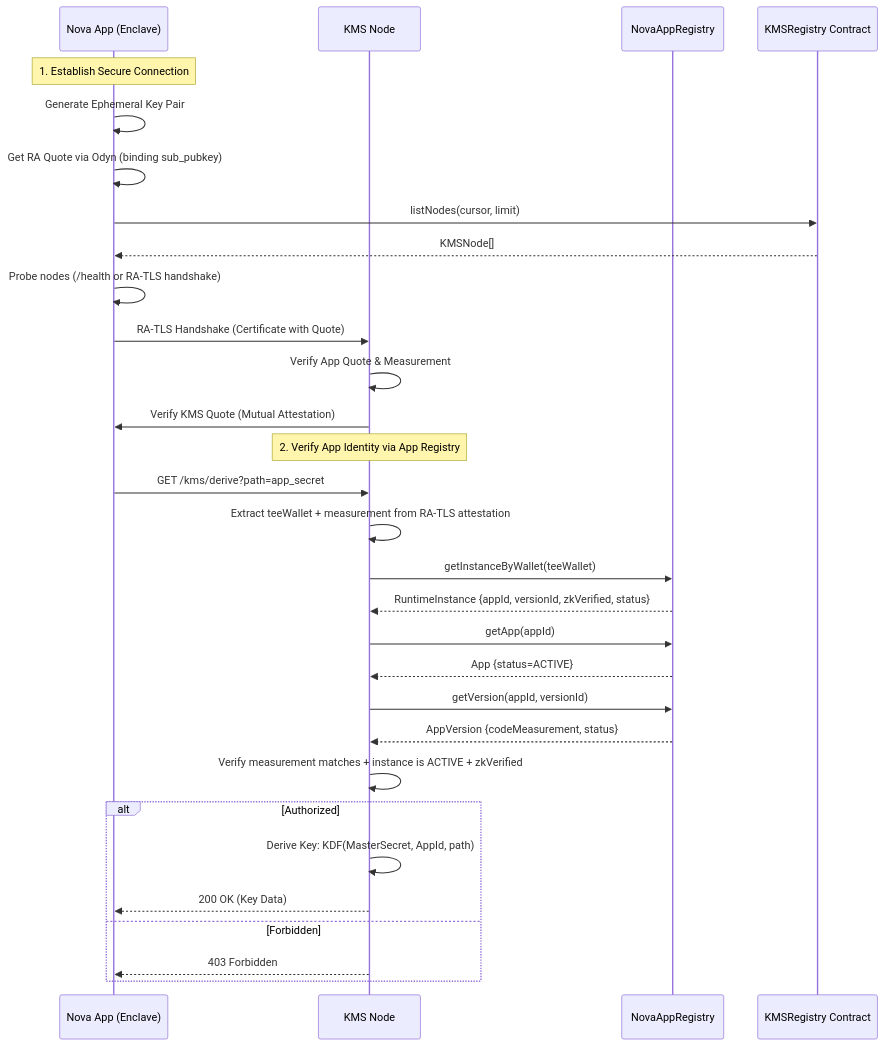
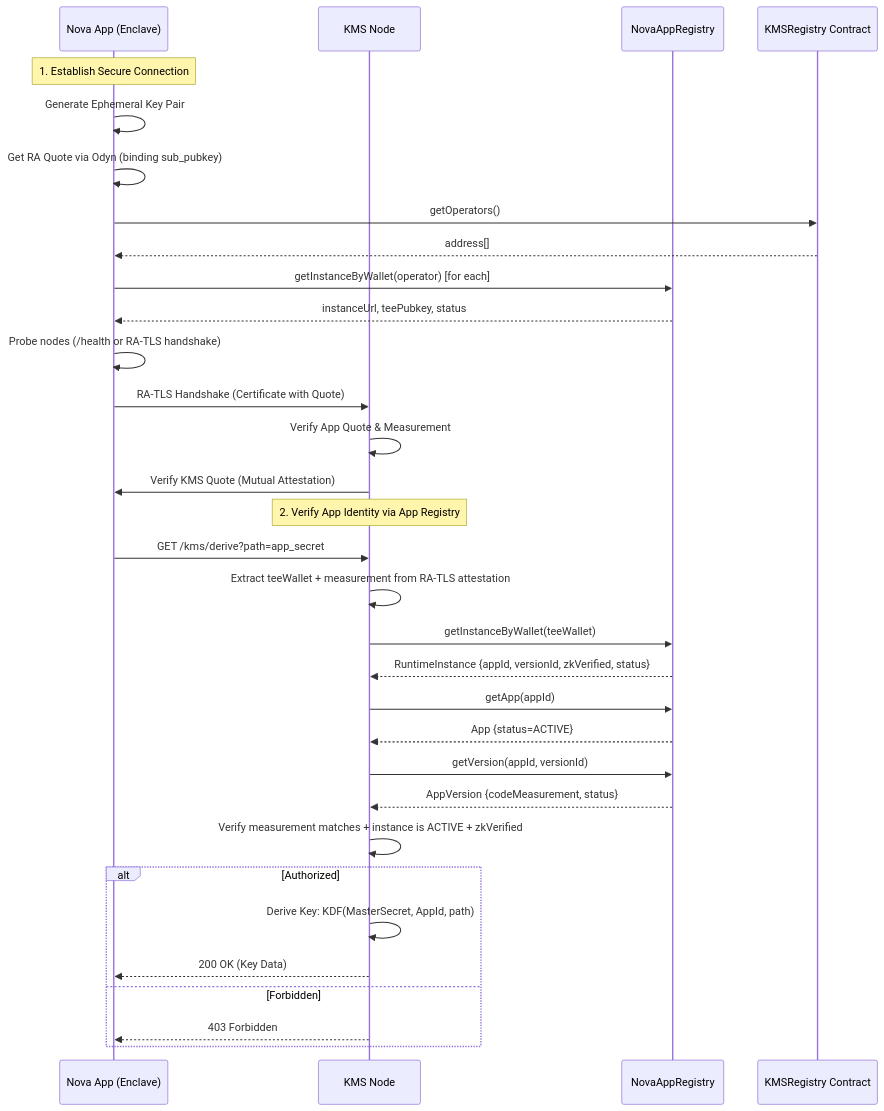
Before and after one commit to sparsity-xyz/nova-kms: the third of 4 diagrams in docs/architecture.md, drawn with Mermaid. The commit also changed other lines of this file and 42 other files, not shown here.

````diff
--- a/docs/architecture.md
+++ b/docs/architecture.md
@@ -239,38 +243,40 @@
 ```mermaid
 sequenceDiagram
     participant App as Nova App (Enclave)
     participant KMS as KMS Node
     participant AR as NovaAppRegistry
     participant KC as KMSRegistry Contract
     
     Note over App: 1. Establish Secure Connection
     App->>App: Generate Ephemeral Key Pair
     App->>App: Get RA Quote via Odyn (binding sub_pubkey)
     
-    App->>KC: listNodes(cursor, limit)
-    KC-->>App: KMSNode[]
+    App->>KC: getOperators()
+    KC-->>App: address[]
+    App->>AR: getInstanceByWallet(operator) [for each]
+    AR-->>App: instanceUrl, teePubkey, status
     App->>App: Probe nodes (/health or RA-TLS handshake)
     
     App->>KMS: RA-TLS Handshake (Certificate with Quote)
     KMS->>KMS: Verify App Quote & Measurement
     KMS->>App: Verify KMS Quote (Mutual Attestation)
     
     Note over KMS: 2. Verify App Identity via App Registry
     App->>KMS: GET /kms/derive?path=app_secret
     KMS->>KMS: Extract teeWallet + measurement from RA-TLS attestation
     
     KMS->>AR: getInstanceByWallet(teeWallet)
     AR-->>KMS: RuntimeInstance {appId, versionId, zkVerified, status}
     KMS->>AR: getApp(appId)
     AR-->>KMS: App {status=ACTIVE}
     KMS->>AR: getVersion(appId, versionId)
     AR-->>KMS: AppVersion {codeMeasurement, status}
     KMS->>KMS: Verify measurement matches + instance is ACTIVE + zkVerified
     
     alt Authorized
         KMS->>KMS: Derive Key: KDF(MasterSecret, AppId, path)
         KMS-->>App: 200 OK (Key Data)
     else Forbidden
         KMS-->>App: 403 Forbidden
     end
 ```
````
